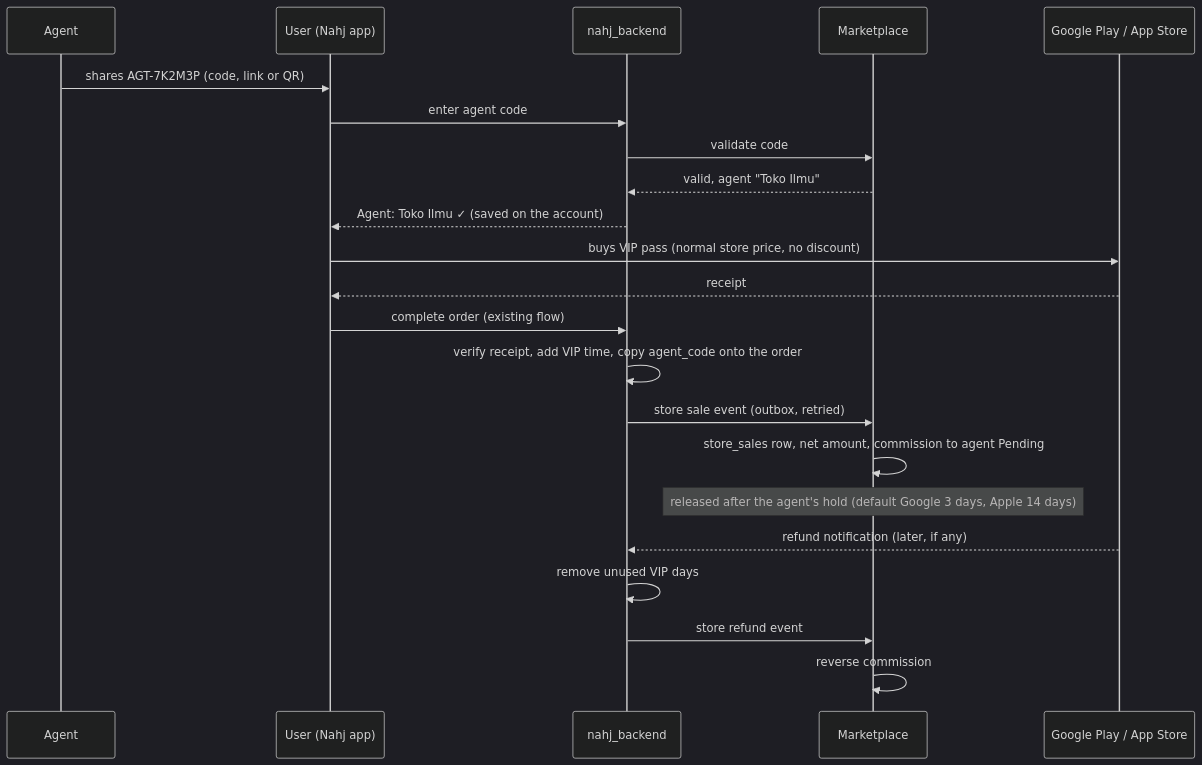
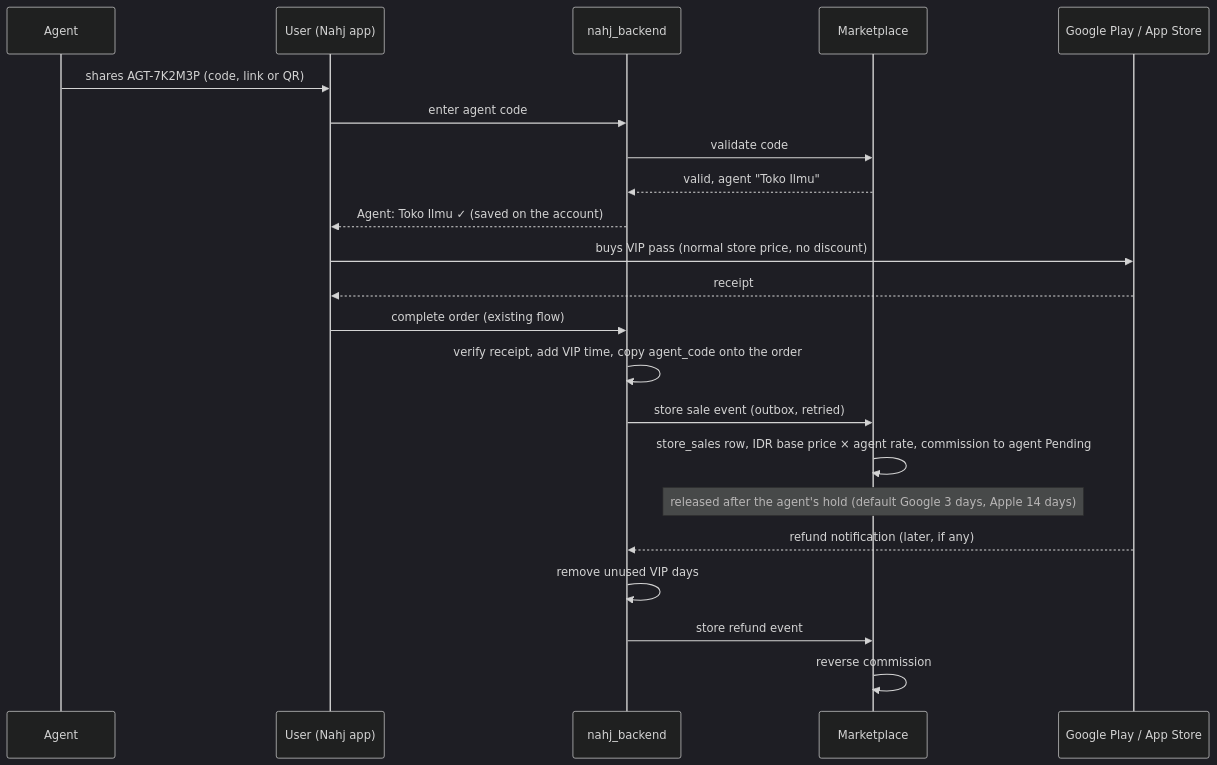
One commit to aafb5cs/nahj-agent-marketing changed the third of 3 diagrams in docs/system-architecture.md. Above: the diagram before and after it, drawn with Mermaid (dark theme). The commit also changed other lines of this file and 6 other files, not shown here.

First line of the commit message:
Database tables page; store commission on catalog IDR base price (gross)

````diff
--- a/docs/system-architecture.md
+++ b/docs/system-architecture.md
@@ -417,24 +417,24 @@
 ```mermaid
 sequenceDiagram
     participant A as Agent
     participant U as User (Nahj app)
     participant G as nahj_backend
     participant M as Marketplace
     participant S as Google Play / App Store
     A->>U: shares AGT-7K2M3P (code, link or QR)
     U->>G: enter agent code
     G->>M: validate code
     M-->>G: valid, agent "Toko Ilmu"
     G-->>U: Agent: Toko Ilmu ✓ (saved on the account)
     U->>S: buys VIP pass (normal store price, no discount)
     S-->>U: receipt
     U->>G: complete order (existing flow)
     G->>G: verify receipt, add VIP time, copy agent_code onto the order
     G->>M: store sale event (outbox, retried)
-    M->>M: store_sales row, net amount, commission to agent Pending
+    M->>M: store_sales row, IDR base price × agent rate, commission to agent Pending
     Note over M: released after the agent's hold (default Google 3 days, Apple 14 days)
     S-->>G: refund notification (later, if any)
     G->>G: remove unused VIP days
     G->>M: store refund event
     M->>M: reverse commission
 ```
````
